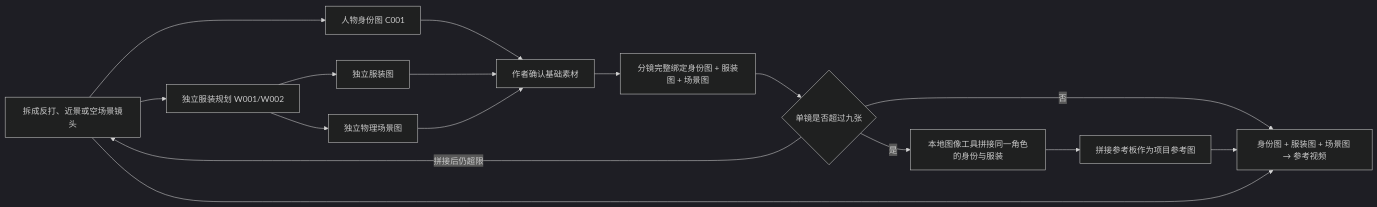
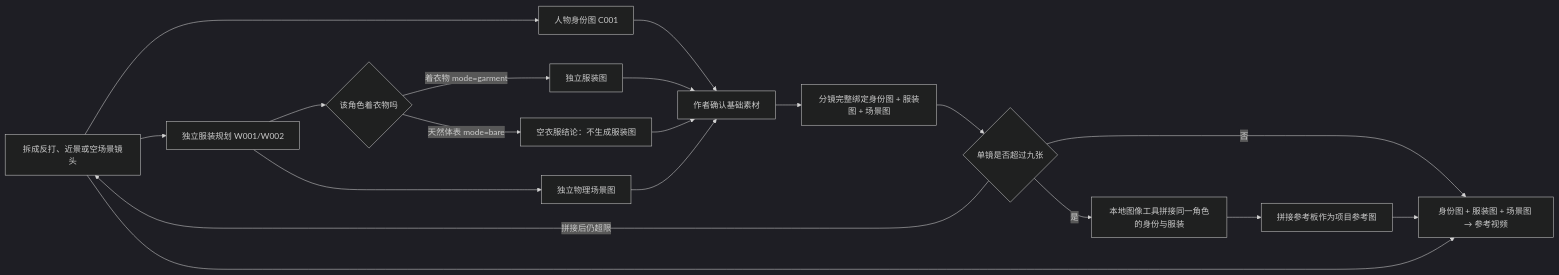
One commit to Aoike123/Storyloom changed the diagram in docs/asset-identity-workflow.md. Above: the diagram before and after it, drawn with Mermaid (dark theme). The commit also changed other lines of this file and 15 other files, not shown here.

````diff
--- a/docs/asset-identity-workflow.md
+++ b/docs/asset-identity-workflow.md
@@ -7,18 +7,21 @@
 ```mermaid
 flowchart LR
   S[专业画风与唯一人物身份规划] --> I[人物身份图 C001]
   S --> W[独立服装规划 W001/W002]
-  W --> C[独立服装图]
+  W --> C{该角色着衣物吗}
+  C -->|着衣物 mode=garment| C1[独立服装图]
+  C -->|天然体表 mode=bare| C2[空衣服结论：不生成服装图]
   W --> E[独立物理场景图]
   I --> R[作者确认基础素材]
-  C --> R
+  C1 --> R
+  C2 --> R
   E --> R
   R --> B[分镜完整绑定身份图 + 服装图 + 场景图]
   B --> L{单镜是否超过九张}
   L -->|否| V[身份图 + 服装图 + 场景图 → 参考视频]
   L -->|是| P[本地图像工具拼接同一角色的身份与服装]
   P --> Q[拼接参考板作为项目参考图]
   Q --> V
   L -->|拼接后仍超限| S[拆成反打、近景或空场景镜头]
   S --> V
 ```
````
